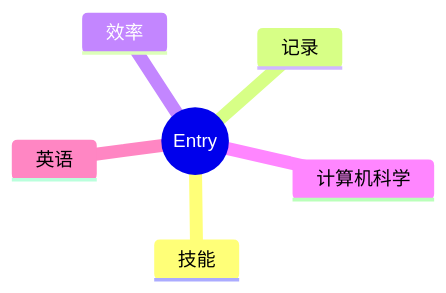
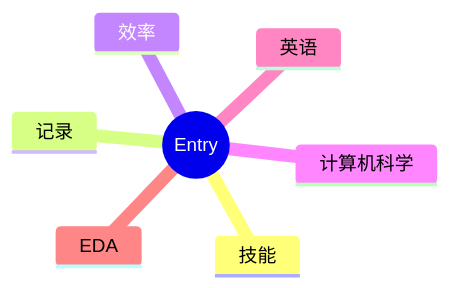
The diagram in notes/entry.md (superupon/knowledge_zh), drawn with Mermaid before and after one commit. The commit also changed other lines of this file and 1 other file, not shown here.

Commit message:
[note] add new entry for eda

````diff
--- a/notes/entry.md
+++ b/notes/entry.md
@@ -11,9 +12,10 @@
 ```mermaid
 mindmap
 root((Entry))
   技能
   记录
   效率
   计算机科学
   英语
+  EDA
 ```
````
